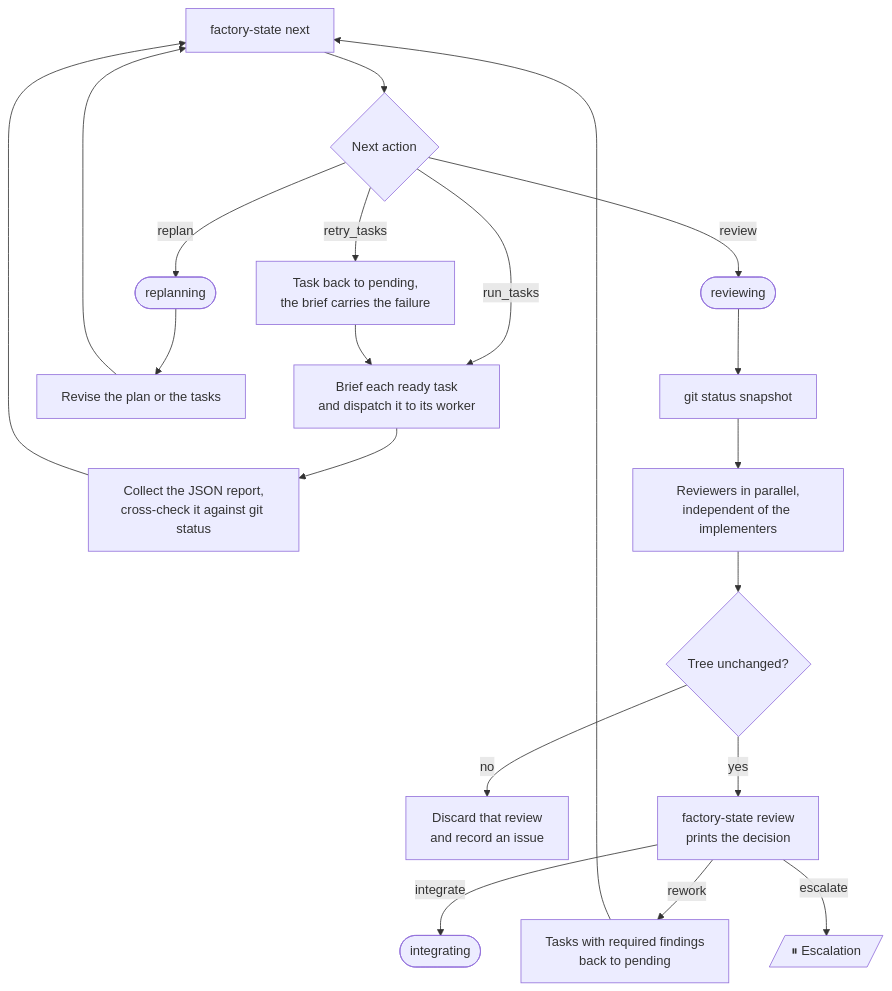
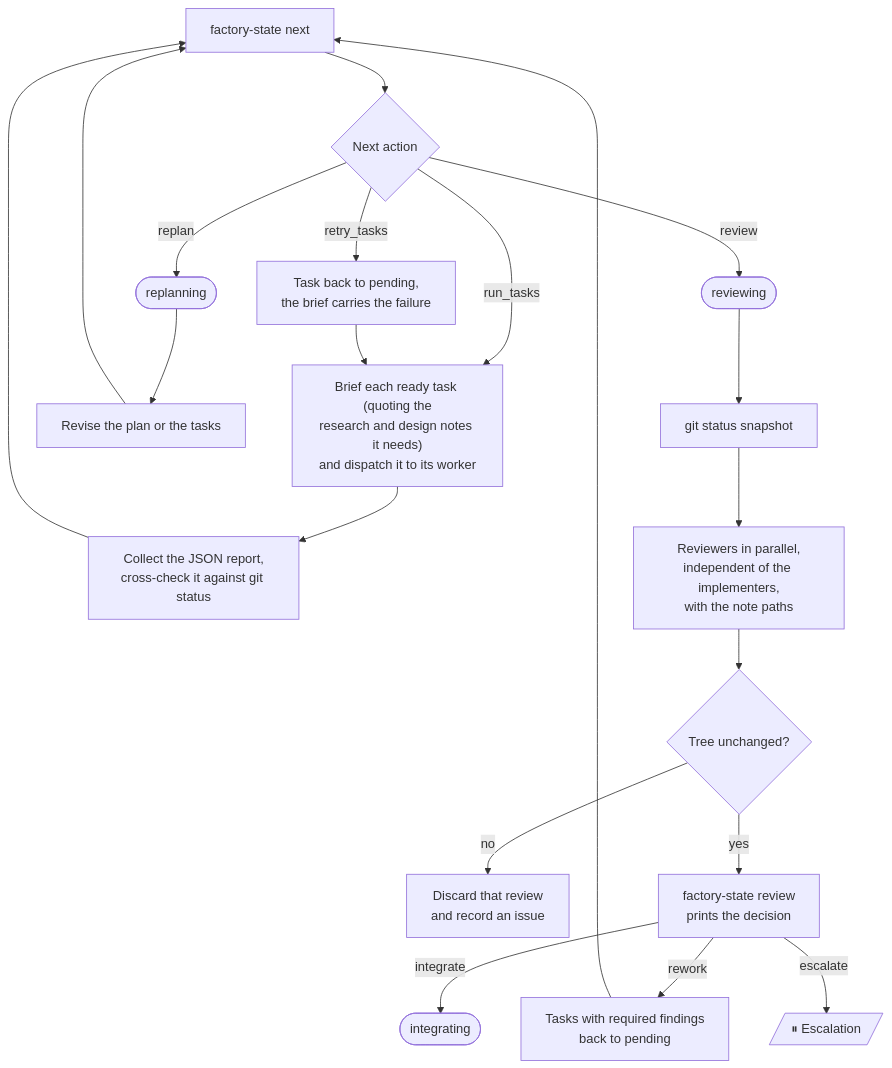
Before and after one commit to leoarkiteto/ai-software-factory-kit: the fifth of 6 diagrams in docs/guide/workflows.md, drawn with Mermaid. The commit also changed other lines of this file and 17 other files, not shown here.

First line of the commit message:
Show the research and design workers in the diagrams

````diff
--- a/docs/guide/workflows.md
+++ b/docs/guide/workflows.md
@@ -131,22 +140,22 @@
 ```mermaid
 flowchart TD
     N["factory-state next"] --> A{"Next action"}
-    A -- run_tasks --> B["Brief each ready task<br/>and dispatch it to its worker"]
+    A -- run_tasks --> B["Brief each ready task (quoting the<br/>research and design notes it needs)<br/>and dispatch it to its worker"]
     B --> R["Collect the JSON report,<br/>cross-check it against git status"]
     R --> N
     A -- retry_tasks --> RT["Task back to pending,<br/>the brief carries the failure"]
     RT --> B
     A -- replan --> RP(["replanning"])
     RP --> RPL["Revise the plan or the tasks"]
     RPL --> N
     A -- review --> RV(["reviewing"])
     RV --> SNAP["git status snapshot"]
-    SNAP --> RVS["Reviewers in parallel,<br/>independent of the implementers"]
+    SNAP --> RVS["Reviewers in parallel,<br/>independent of the implementers,<br/>with the note paths"]
     RVS --> CHK{"Tree unchanged?"}
     CHK -- no --> DISC["Discard that review<br/>and record an issue"]
     CHK -- yes --> SUB["factory-state review<br/>prints the decision"]
     SUB -- rework --> RW["Tasks with required findings<br/>back to pending"]
     RW --> N
     SUB -- integrate --> IN(["integrating"])
     SUB -- escalate --> ESC[/"⏸ Escalation"/]
 ```
````
